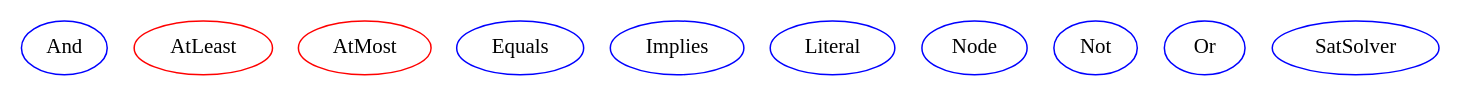
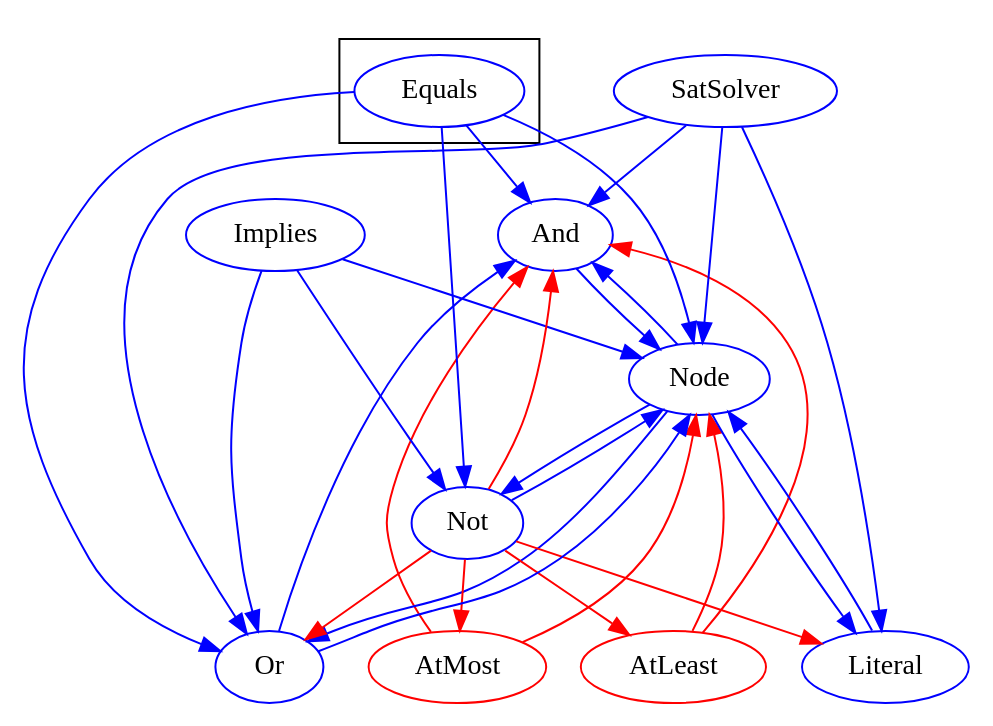
One commit to MPassos/PLAR-Tool changed the diagram in mergedproduct.dot. Above: the diagram before and after it, drawn with Graphviz. The commit also changed 1 other file, not shown here.

```diff
--- a/mergedproduct.dot
+++ b/mergedproduct.dot
@@ -1,14 +1,45 @@
 digraph G {
 size= "10,10";
 rotate = 180;
 "And"[label="And",shape=ellipse,color=blue,fontcolor=black,style=""];
 "AtLeast"[label="AtLeast",shape=ellipse,color=red,fontcolor=black,style=""];
 "AtMost"[label="AtMost",shape=ellipse,color=red,fontcolor=black,style=""];
 "Equals"[label="Equals",shape=ellipse,color=blue,fontcolor=black,style=""];
 "Implies"[label="Implies",shape=ellipse,color=blue,fontcolor=black,style=""];
 "Literal"[label="Literal",shape=ellipse,color=blue,fontcolor=black,style=""];
 "Node"[label="Node",shape=ellipse,color=blue,fontcolor=black,style=""];
 "Not"[label="Not",shape=ellipse,color=blue,fontcolor=black,style=""];
 "Or"[label="Or",shape=ellipse,color=blue,fontcolor=black,style=""];
 "SatSolver"[label="SatSolver",shape=ellipse,color=blue,fontcolor=black,style=""];
-}
+"And" -> "Node" [color=blue,font=6];
+"AtLeast" -> "And" [color=red,font=6];
+"AtLeast" -> "Node" [color=red,font=6];
+"AtMost" -> "And" [color=red,font=6];
+"AtMost" -> "Node" [color=red,font=6];
+"Equals" -> "And" [color=blue,font=6];
+"Equals" -> "Node" [color=blue,font=6];
+"Equals" -> "Not" [color=blue,font=6];
+"Equals" -> "Or" [color=blue,font=6];
+"Implies" -> "Node" [color=blue,font=6];
+"Implies" -> "Not" [color=blue,font=6];
+"Implies" -> "Or" [color=blue,font=6];
+"Literal" -> "Node" [color=blue,font=6];
+"Node" -> "And" [color=blue,font=6];
+"Node" -> "Literal" [color=blue,font=6];
+"Node" -> "Not" [color=blue,font=6];
+"Node" -> "Or" [color=blue,font=6];
+"Not" -> "And" [color=red,font=6];
+"Not" -> "AtLeast" [color=red,font=6];
+"Not" -> "AtMost" [color=red,font=6];
+"Not" -> "Literal" [color=red,font=6];
+"Not" -> "Node" [color=blue,font=6];
+"Not" -> "Or" [color=red,font=6];
+"Or" -> "And" [color=blue,font=6];
+"Or" -> "Node" [color=blue,font=6];
+"SatSolver" -> "And" [color=blue,font=6];
+"SatSolver" -> "Literal" [color=blue,font=6];
+"SatSolver" -> "Node" [color=blue,font=6];
+"SatSolver" -> "Or" [color=blue,font=6];
+subgraph cluster_0{
+"Equals"
+}}
```
